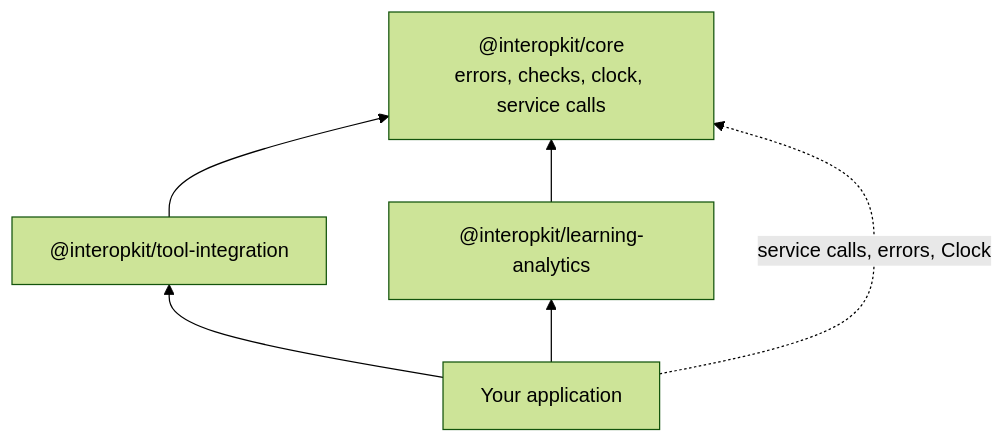
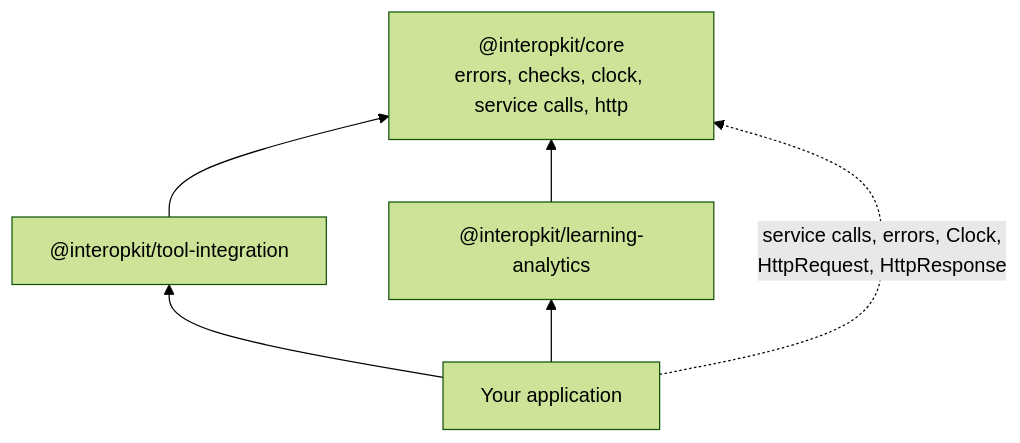
Before and after one commit to interopkit/interopkit: the diagram in packages/core/README.md, drawn with Mermaid (forest theme). The commit also changed other lines of this file and 70 other files, not shown here.

First line of the commit message:
Move request and answer handling into core/http and read request bodies as bytes

````diff
--- a/packages/core/README.md
+++ b/packages/core/README.md
@@ -9,9 +9,9 @@
 ```mermaid
 flowchart BT
-  core["@interopkit/core<br/>errors, checks, clock, service calls"]
+  core["@interopkit/core<br/>errors, checks, clock, service calls, http"]
   tool["@interopkit/tool-integration"] --> core
   analytics["@interopkit/learning-analytics"] --> core
   host["Your application"] --> tool
   host --> analytics
-  host -.->|"service calls, errors, Clock"| core
+  host -.->|"service calls, errors, Clock,<br/>HttpRequest, HttpResponse"| core
 ```
````
